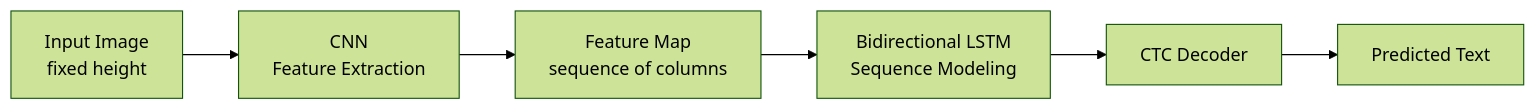
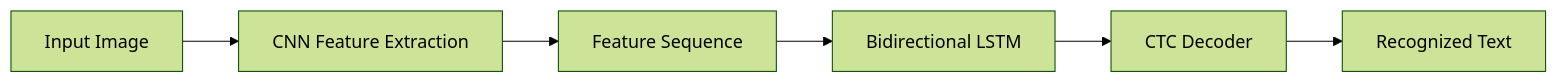
The third of 5 diagrams in README.md (finalSay9/neural_networks), drawn with Mermaid (forest theme) before and after one commit. The commit also changed other lines of this file, not shown here.

````diff
--- a/README.md
+++ b/README.md
@@ -56,8 +114,10 @@
 ```mermaid
 flowchart LR
-    A[Input Image<br/>fixed height] --> B[CNN<br/>Feature Extraction]
-    B --> C[Feature Map<br/>sequence of columns]
-    C --> D[Bidirectional LSTM<br/>Sequence Modeling]
-    D --> E[CTC Decoder]
-    E --> F[Predicted Text]
+
+A[Input Image]
+--> B[CNN Feature Extraction]
+--> C[Feature Sequence]
+--> D[Bidirectional LSTM]
+--> E[CTC Decoder]
+--> F[Recognized Text]
 ```
````
